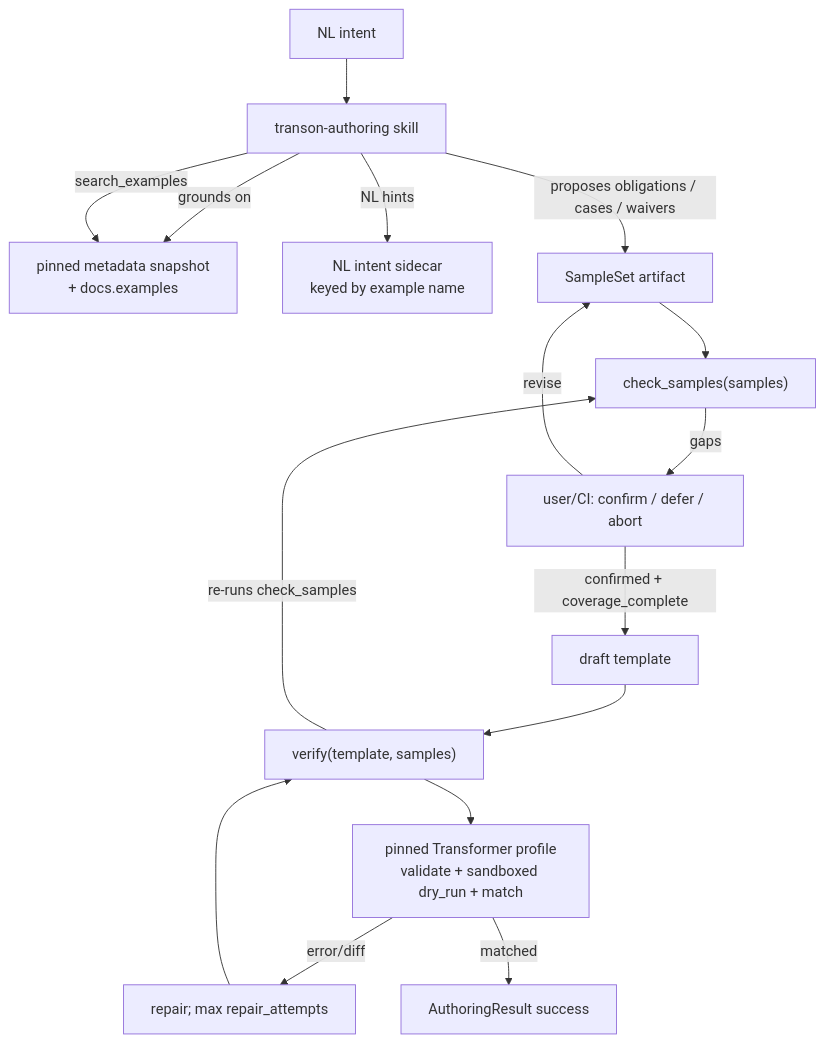
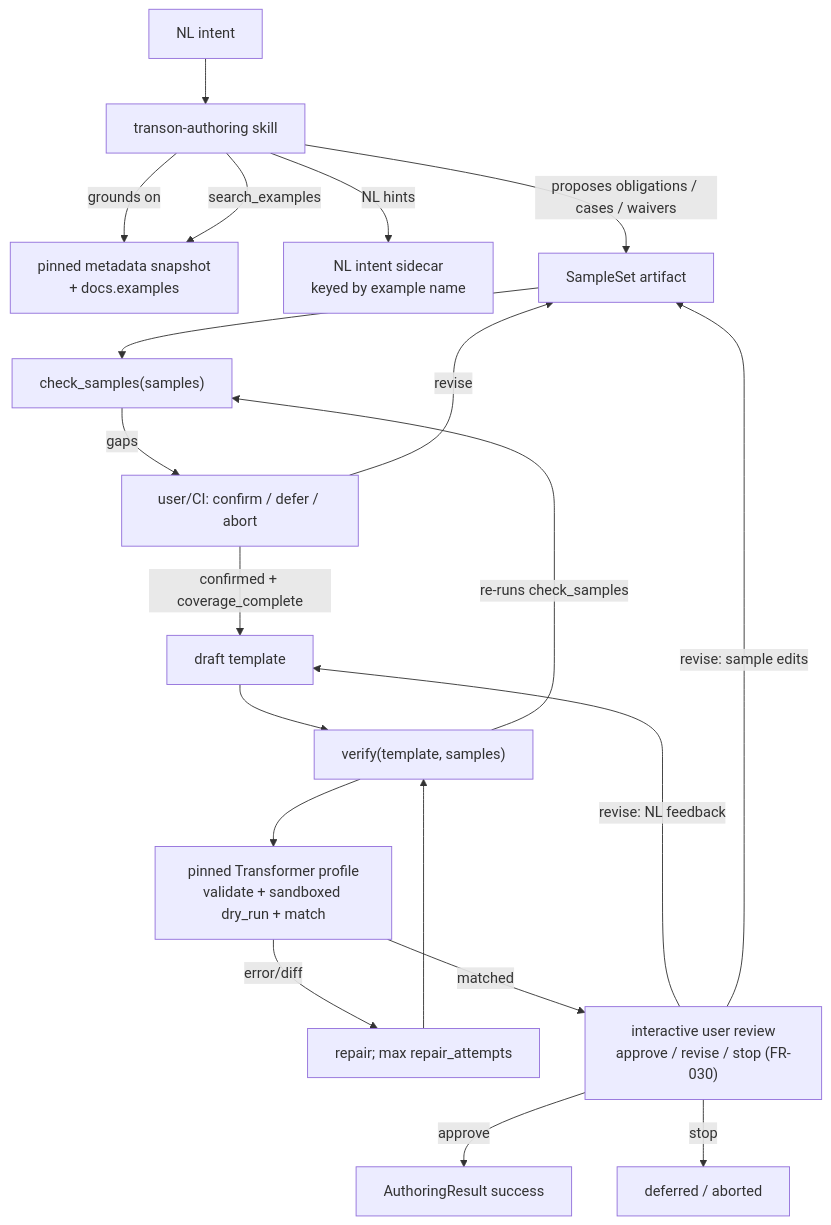
One commit to transon-org/transon-authoring-skill changed the diagram in docs/SPEC.md. Above: the diagram before and after it, drawn with Mermaid. The commit also changed other lines of this file and 3 other files, not shown here.

First line of the commit message:
SPEC: FR-030 interactive review loop + NFR-012 shipped self-sufficiency; SKILL.md reference cleanup

````diff
--- a/docs/SPEC.md
+++ b/docs/SPEC.md
@@ -92,29 +92,33 @@
 ```mermaid
 flowchart TD
     intent["NL intent"]
     skill["transon-authoring skill"]
     intent --> skill
 
     meta["pinned metadata snapshot<br/>+ docs.examples"]
     nl["NL intent sidecar<br/>keyed by example name"]
     samples["SampleSet artifact"]
 
     skill -->|grounds on| meta
     skill -->|search_examples| meta
     skill -->|NL hints| nl
     skill -->|proposes obligations / cases / waivers| samples
 
     check["check_samples(samples)"]
     check -->|gaps| ask["user/CI: confirm / defer / abort"]
     ask -->|revise| samples
     samples --> check
 
     ask -->|confirmed + coverage_complete| draft["draft template"]
     draft --> verify["verify(template, samples)"]
     verify -->|re-runs check_samples| check
     verify --> engine["pinned Transformer profile<br/>validate + sandboxed dry_run + match"]
 
     engine -->|error/diff| repair["repair; max repair_attempts"]
     repair --> verify
-    engine -->|matched| blessed["AuthoringResult success"]
+    engine -->|matched| review["interactive user review<br/>approve / revise / stop (FR-030)"]
+    review -->|approve| blessed["AuthoringResult success"]
+    review -->|revise: NL feedback| draft
+    review -->|revise: sample edits| samples
+    review -->|stop| stopped["deferred / aborted"]
 ```
````
